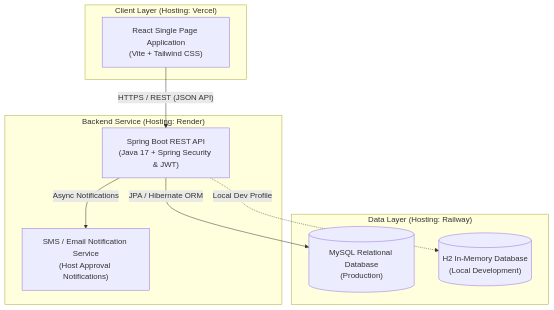
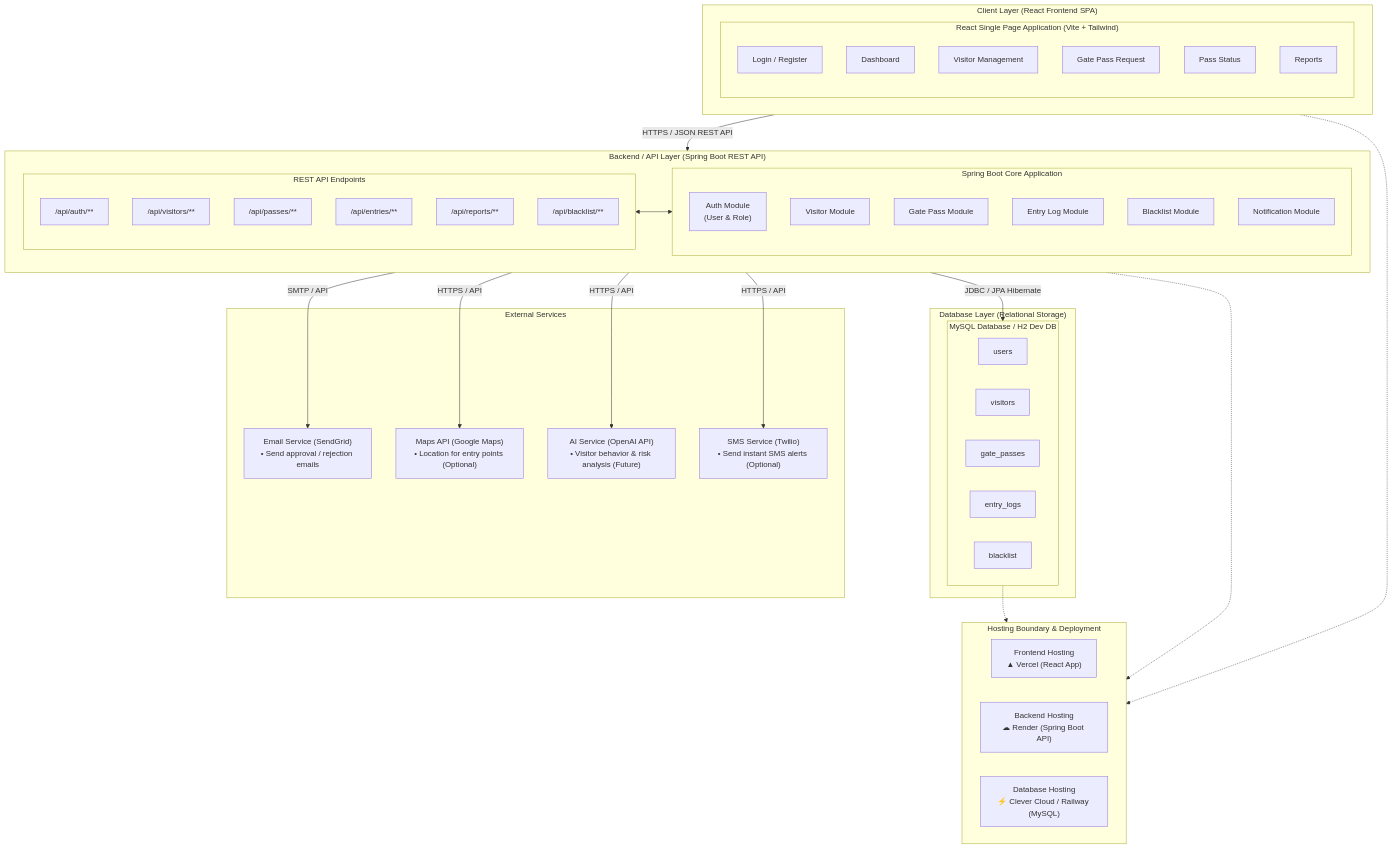
Before and after one commit to failxstar/visitor-gate-pass-system: the diagram in docs/diagrams/architecture.md, drawn with Mermaid. The commit also changed other lines of this file and 67 other files, not shown here.

Commit message:
Add class diagram, ER diagram, architecture and backend modules

````diff
--- a/docs/diagrams/architecture.md
+++ b/docs/diagrams/architecture.md
@@ -5,21 +5,88 @@
 ```mermaid
-flowchart TD
-    subgraph ClientLayer ["Client Layer (Hosting: Vercel)"]
-        Browser["React Single Page Application<br/>(Vite + Tailwind CSS)"]
+flowchart TB
+    %% -------------------------------------------------------------
+    %% CLIENT LAYER
+    %% -------------------------------------------------------------
+    subgraph ClientLayer ["Client Layer (React Frontend SPA)"]
+        direction LR
+        subgraph ReactApp ["React Single Page Application (Vite + Tailwind)"]
+            UI_Auth["Login / Register"]
+            UI_Dash["Dashboard"]
+            UI_Vis["Visitor Management"]
+            UI_Pass["Gate Pass Request"]
+            UI_Stat["Pass Status"]
+            UI_Rep["Reports"]
+        end
     end
 
-    subgraph BackendLayer ["Backend Service (Hosting: Render)"]
-        API["Spring Boot REST API<br/>(Java 17 + Spring Security & JWT)"]
-        Notification["SMS / Email Notification Service<br/>(Host Approval Notifications)"]
+    %% -------------------------------------------------------------
+    %% BACKEND / API LAYER
+    %% -------------------------------------------------------------
+    subgraph BackendLayer ["Backend / API Layer (Spring Boot REST API)"]
+        direction LR
+        subgraph SpringApp ["Spring Boot Core Application"]
+            M_Auth["Auth Module<br/>(User & Role)"]
+            M_Vis["Visitor Module"]
+            M_Pass["Gate Pass Module"]
+            M_Log["Entry Log Module"]
+            M_Black["Blacklist Module"]
+            M_Notif["Notification Module"]
+        end
+
+        subgraph RestAPI ["REST API Endpoints"]
+            EP1["/api/auth/**"]
+            EP2["/api/visitors/**"]
+            EP3["/api/passes/**"]
+            EP4["/api/entries/**"]
+            EP5["/api/reports/**"]
+            EP6["/api/blacklist/**"]
+        end
     end
 
-    subgraph DatabaseLayer ["Data Layer (Hosting: Railway)"]
-        MySQL[("MySQL Relational Database<br/>(Production)")]
-        H2[("H2 In-Memory Database<br/>(Local Development)")]
+    %% -------------------------------------------------------------
+    %% DATABASE LAYER
+    %% -------------------------------------------------------------
+    subgraph DatabaseLayer ["Database Layer (Relational Storage)"]
+        subgraph MySQLDB ["MySQL Database / H2 Dev DB"]
+            T1["users"]
+            T2["visitors"]
+            T3["gate_passes"]
+            T4["entry_logs"]
+            T5["blacklist"]
+        end
     end
 
-    Browser -->|"HTTPS / REST (JSON API)"| API
-    API -->|"Async Notifications"| Notification
-    API -->|"JPA / Hibernate ORM"| MySQL
-    API -.->|"Local Dev Profile"| H2
+    %% -------------------------------------------------------------
+    %% EXTERNAL SERVICES
+    %% -------------------------------------------------------------
+    subgraph ExternalServices ["External Services"]
+        EmailService["Email Service (SendGrid)<br/>• Send approval / rejection emails"]
+        MapsAPI["Maps API (Google Maps)<br/>• Location for entry points (Optional)"]
+        AIService["AI Service (OpenAI API)<br/>• Visitor behavior & risk analysis (Future)"]
+        SMSService["SMS Service (Twilio)<br/>• Send instant SMS alerts (Optional)"]
+    end
+
+    %% -------------------------------------------------------------
+    %% HOSTING BOUNDARIES
+    %% -------------------------------------------------------------
+    subgraph HostingBoundaries ["Hosting Boundary & Deployment"]
+        direction LR
+        Host_Vercel["Frontend Hosting<br/>▲ Vercel (React App)"]
+        Host_Render["Backend Hosting<br/>☁ Render (Spring Boot API)"]
+        Host_DB["Database Hosting<br/>⚡ Clever Cloud / Railway (MySQL)"]
+    end
+
+    %% Communications & Data Flow
+    ReactApp -->|"HTTPS / JSON REST API"| RestAPI
+    RestAPI <--> SpringApp
+    SpringApp -->|"JDBC / JPA Hibernate"| MySQLDB
+
+    SpringApp -->|"SMTP / API"| EmailService
+    SpringApp -->|"HTTPS / API"| MapsAPI
+    SpringApp -->|"HTTPS / API"| AIService
+    SpringApp -->|"HTTPS / API"| SMSService
+
+    ReactApp -.-> Host_Vercel
+    SpringApp -.-> Host_Render
+    MySQLDB -.-> Host_DB
 ```
````
